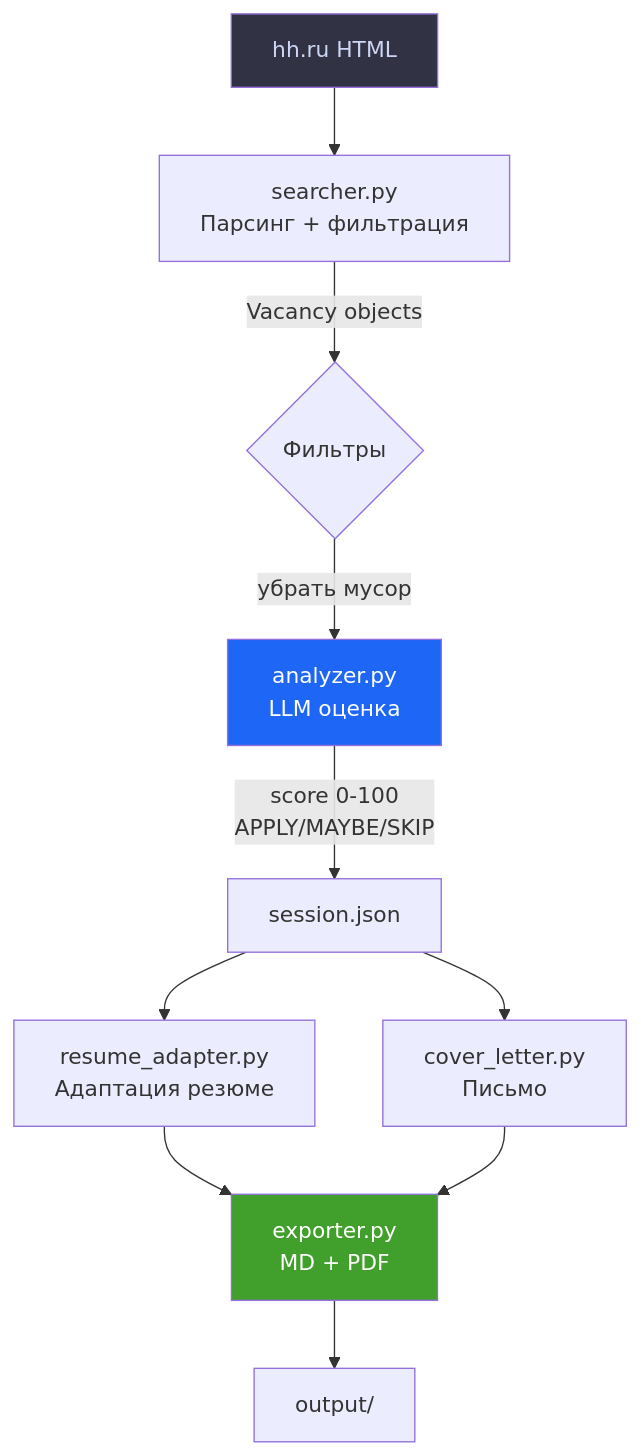
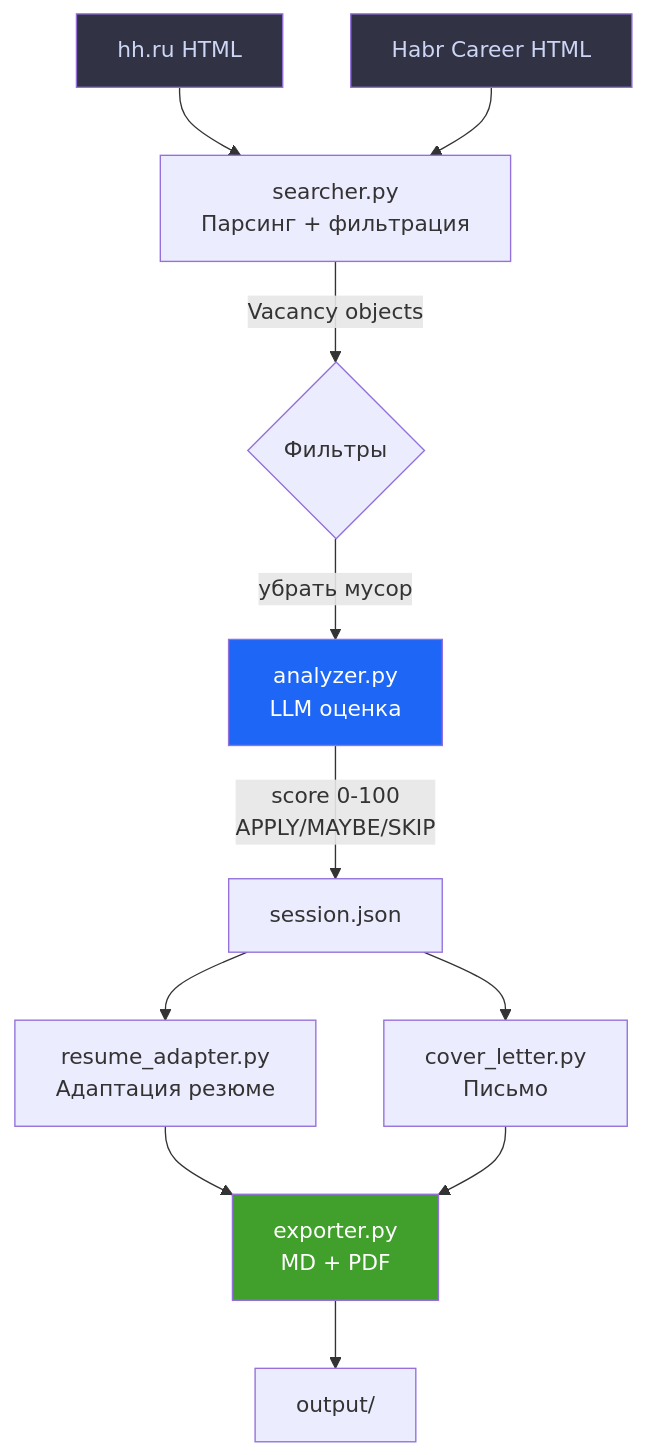
Before and after one commit to vyacheslav-evst/ai_job_hunter: the diagram in README.md, drawn with Mermaid. The commit also changed other lines of this file, not shown here.

````diff
--- a/README.md
+++ b/README.md
@@ -65,16 +70,18 @@
 ```mermaid
 flowchart TD
     A[hh.ru HTML] --> B[searcher.py\nПарсинг + фильтрация]
+    A2[Habr Career HTML] --> B
     B -->|Vacancy objects| C{Фильтры}
     C -->|убрать мусор| D[analyzer.py\nLLM оценка]
     D -->|score 0-100\nAPPLY/MAYBE/SKIP| E[session.json]
     E --> F[resume_adapter.py\nАдаптация резюме]
     E --> G[cover_letter.py\nПисьмо]
     F --> H[exporter.py\nMD + PDF]
     G --> H
     H --> I[output/]
 
     style A fill:#313244,color:#cdd6f4
+    style A2 fill:#313244,color:#cdd6f4
     style D fill:#1e66f5,color:#fff
     style H fill:#40a02b,color:#fff
 ```
````
